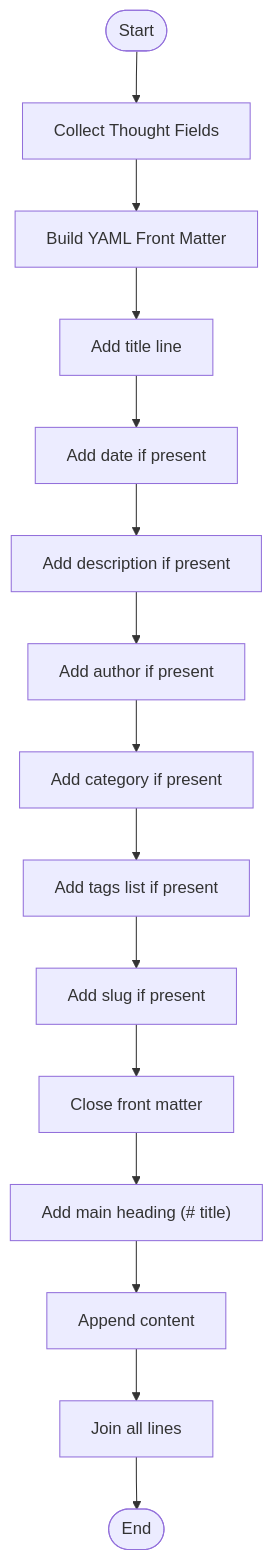
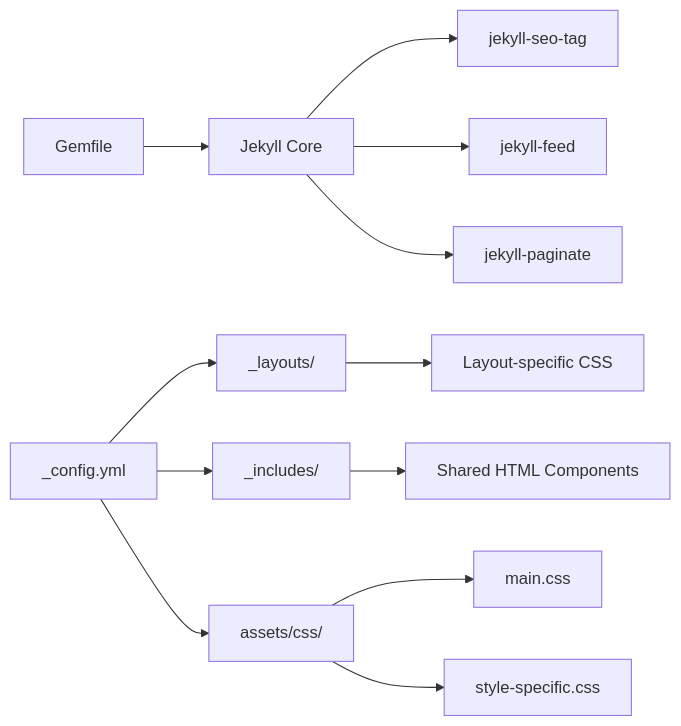
The third of 3 diagrams in .qoder/repowiki/en/content/Static Site Generation.md (PolarisW007/PolaZhenJing), drawn with Mermaid before and after one commit. The commit also changed other lines of this file and 153 other files, not shown here.

````diff
--- a/.qoder/repowiki/en/content/Static Site Generation.md
+++ b/.qoder/repowiki/en/content/Static Site Generation.md
@@ -190,17 +277,14 @@
 ```mermaid
-flowchart TD
-Start(["Start"]) --> GetFields["Collect Thought Fields"]
-GetFields --> BuildFront["Build YAML Front Matter"]
-BuildFront --> AddTitle["Add title line"]
-AddTitle --> AddDate["Add date if present"]
-AddDate --> AddDesc["Add description if present"]
-AddDesc --> AddAuthor["Add author if present"]
-AddAuthor --> AddCategory["Add category if present"]
-AddCategory --> AddTags["Add tags list if present"]
-AddTags --> AddSlug["Add slug if present"]
-AddSlug --> CloseFront["Close front matter"]
-CloseFront --> AddHeading["Add main heading (# title)"]
-AddHeading --> AddContent["Append content"]
-AddContent --> Join["Join all lines"]
-Join --> End(["End"])
+graph LR
+GEM["Gemfile"] --> JEK["Jekyll Core"]
+JEK --> SEO["jekyll-seo-tag"]
+JEK --> FEED["jekyll-feed"]
+JEK --> PAG["jekyll-paginate"]
+CONF["_config.yml"] --> LAYOUTS["_layouts/"]
+CONF --> INCLUDES["_includes/"]
+CONF --> ASSETS["assets/css/"]
+LAYOUTS --> CSS["Layout-specific CSS"]
+INCLUDES --> HTML["Shared HTML Components"]
+ASSETS --> MAINCSS["main.css"]
+ASSETS --> STYLECSS["style-specific.css"]
 ```
````
